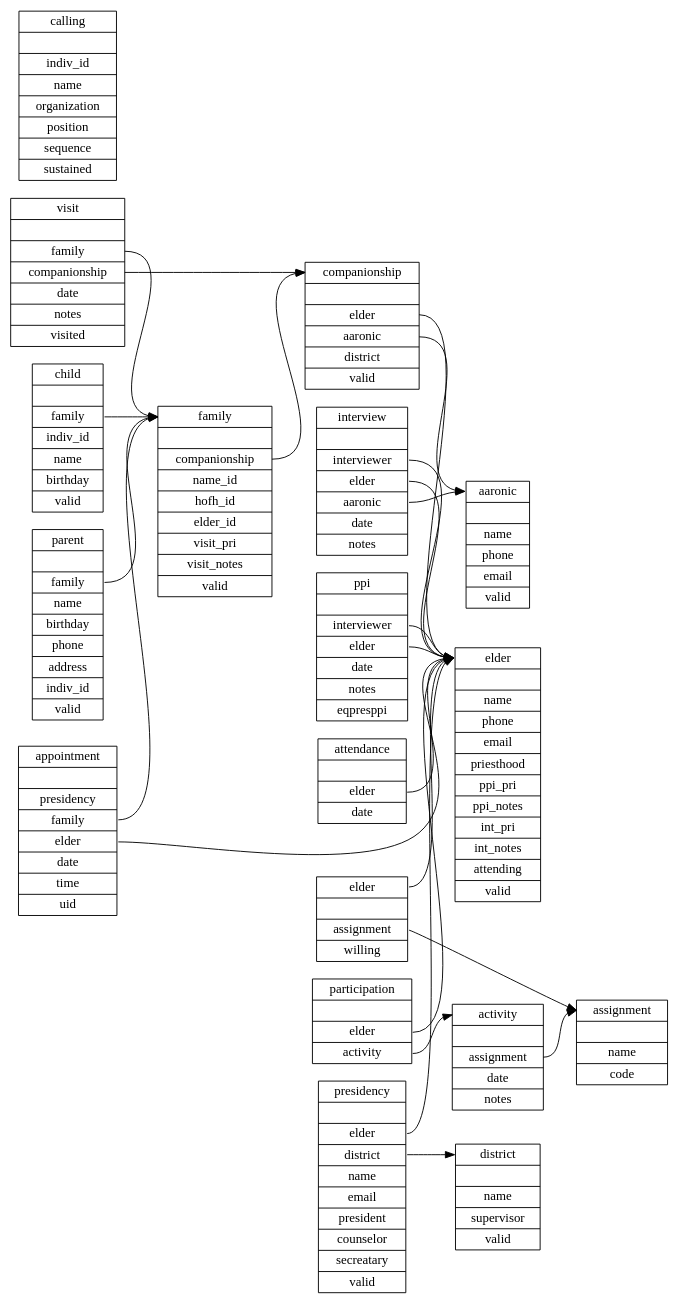
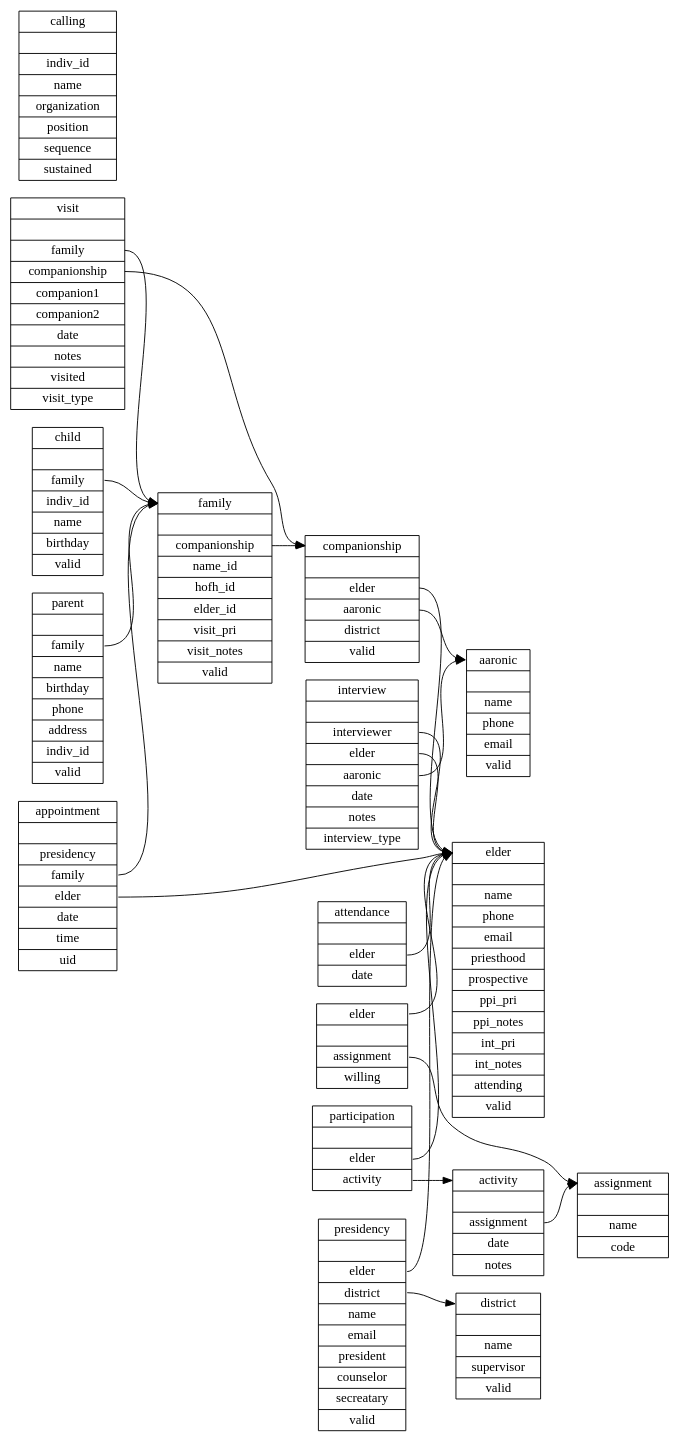
One commit to apippin/tc changed the diagram in sql/schema.dot. Above: the diagram before and after it, drawn with Graphviz. The commit also changed 9 other files, not shown here.

```diff
--- a/sql/schema.dot
+++ b/sql/schema.dot
@@ -1,110 +1,103 @@
 digraph schema {
   graph [
     rankdir = "LR"
   ];
   family   [
     label = "<f> family||<c> companionship|<n> name_id|<i> hofh_id|<e> elder_id|<vp> visit_pri|<vn> visit_notes|<v> valid"
     shape = "record"
   ];
   elder   [
-    label = "<e> elder||<n> name|<p> phone|<em> email|<po> priesthood|<pp> ppi_pri|<t> ppi_notes|<ip> int_pri|<in> int_notes|<a> attending|<v> valid"
+    label = "<e> elder||<n> name|<p> phone|<em> email|<po> priesthood|<pr> prospective|<pp> ppi_pri|<t> ppi_notes|<ip> int_pri|<in> int_notes|<a> attending|<v> valid"
     shape = "record"
   ];
   companionship   [
     label = "<c> companionship||<e> elder|<a> aaronic|<d> district|<v> valid"
     shape = "record"
   ];
   visit   [
-    label = "<v> visit||<f> family|<c> companionship|<t> date|<n> notes|<v> visited"
+    label = "<v> visit||<f> family|<c> companionship|<c1> companion1|<c2> companion2|<t> date|<n> notes|<v> visited|<vt> visit_type"
     shape = "record"
   ];
-  ppi   [
-    label = "<p> ppi||<i> interviewer|<e> elder|<t> date|<n> notes|<p> eqpresppi"
+  interview   [
+    label = "<in> interview||<i> interviewer|<e> elder|<a> aaronic|<t> date|<n> notes|<it> interview_type"
     shape = "record"
   ];
   activity   [
     label = "<a> activity||<s> assignment|<t> date|<n> notes"
     shape = "record"
   ];
   participation   [
     label = "participation||<e> elder|<a> activity"
     shape = "record"
   ];
   attendance   [
     label = "attendance||<e> elder|<d> date"
     shape = "record"
   ];
   child	[
     label = "<c> child||<f> family|<i> indiv_id|<n> name|<b> birthday|<v> valid"
     shape = "record"
   ]; 
   parent	[
     label = "<p> parent||<f> family|<n> name|<b> birthday|<p> phone|<a> address|<i>indiv_id|<v> valid"
     shape = "record"
   ]; 
   aaronic       [
     label = "<a> aaronic||<n> name|<p> phone|<em> email|<v> valid"
     shape = "record"
   ];
   appointment   [
     label = "<a> appointment||<p> presidency|<f> family|<e> elder |<d> date|<t> time|<u> uid"
     shape = "record"
   ];
   assignment    [
     label = "<a> assignment||<n> name|<c> code"
     shape = "record"
   ];
   calling       [
     label = "calling||<i> indiv_id|<n> name|<o> organization|<p> position|<s> sequence|<t> sustained"
     shape = "record"
   ];
   district      [
     label = "<d> district||<n> name|<s> supervisor|<v> valid"
     shape = "record"
   ];
-  interview     [
-    label = "<i> interview||<in> interviewer|<e> elder|<a> aaronic|<d> date|<n> notes"
-    shape = "record"
-  ];
   presidency    [
     label = "<p> presidency||<e> elder|<d> district|<n> name|<em> email|<pr> president|<cn> counselor|<sec> secreatary|<v> valid"
     shape = "record"
   ];
   willingness   [
     label = "<e> elder||<a> assignment|<w> willing"
     shape = "record"
   ];
 
   family:c        -> companionship:c
   companionship:e -> elder:e
   companionship:a -> aaronic:a
 
   appointment:e   -> elder:e
   appointment:f   -> family:f
 
   interview:e     -> elder:e
-  interview:in    -> elder:e
+  interview:i     -> elder:e
   interview:a     -> aaronic:a
 
   presidency:e    -> elder:e
   presidency:d    -> district:d
 
   willingness:e   -> elder:e
   willingness:a   -> assignment:a
 
   activity:s      -> assignment:a
 
   visit:c         -> companionship:c
   visit:f         -> family:f
 
-  ppi:i           -> elder:e
-  ppi:e           -> elder:e
-
   participation:e -> elder:e
   participation:a -> activity:a
 
   attendance:e    -> elder:e
 
   child:f         -> family:f
   parent:f        -> family:f
 }
```
